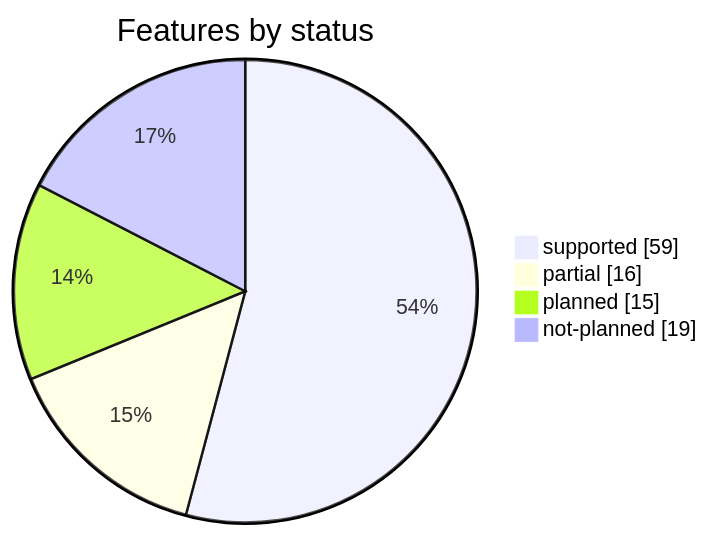
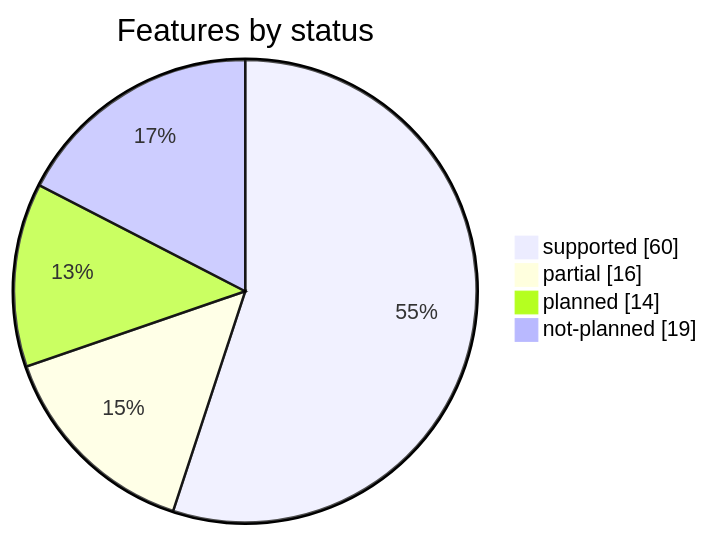
One commit to rafaelvieiras/tinyfin changed the second of 2 diagrams in docs/COVERAGE.md. Above: the diagram before and after it, drawn with Mermaid. The commit also changed other lines of this file and 30 other files, not shown here.

````diff
--- a/docs/COVERAGE.md
+++ b/docs/COVERAGE.md
@@ -45,7 +45,7 @@
 ```mermaid
 pie showData title Features by status
-    "supported" : 59
+    "supported" : 60
     "partial" : 16
-    "planned" : 15
+    "planned" : 14
     "not-planned" : 19
 ```
````
